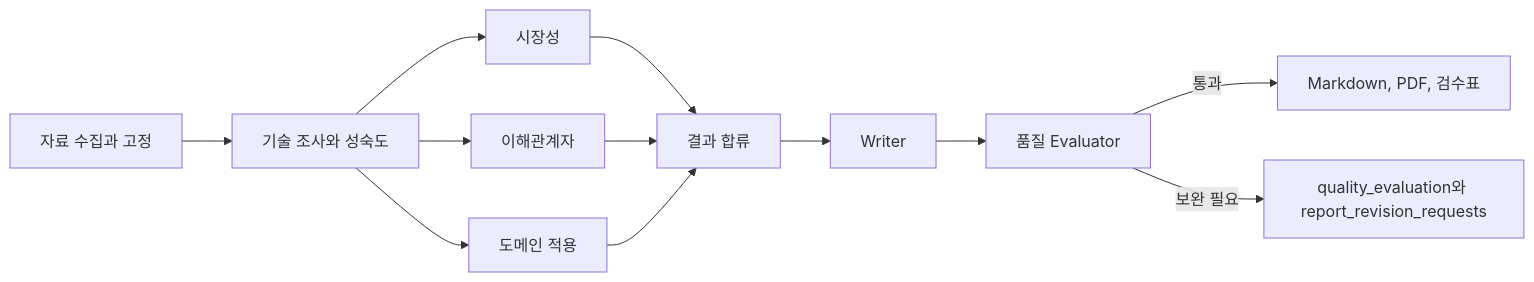
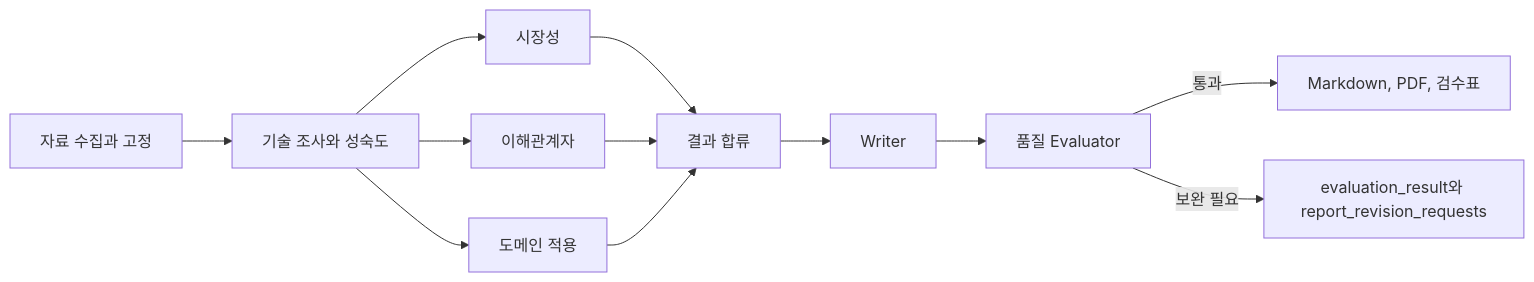
The diagram in README.md (pbjuni1007-cmyk/skala-rag-project), drawn with Mermaid before and after one commit. The commit also changed other lines of this file and 10 other files, not shown here.

````diff
--- a/README.md
+++ b/README.md
@@ -72,14 +72,14 @@
 ```mermaid
 flowchart LR
  P[자료 수집과 고정] --> R[기술 조사와 성숙도]
  R --> M[시장성]
  R --> S[이해관계자]
  R --> D[도메인 적용]
  M --> J[결과 합류]
  S --> J
  D --> J
  J --> Y[Writer]
  Y --> V[품질 Evaluator]
  V -->|통과| O[Markdown, PDF, 검수표]
- V -->|보완 필요| F[quality_evaluation와 report_revision_requests]
+ V -->|보완 필요| F[evaluation_result와 report_revision_requests]
 ```
````
